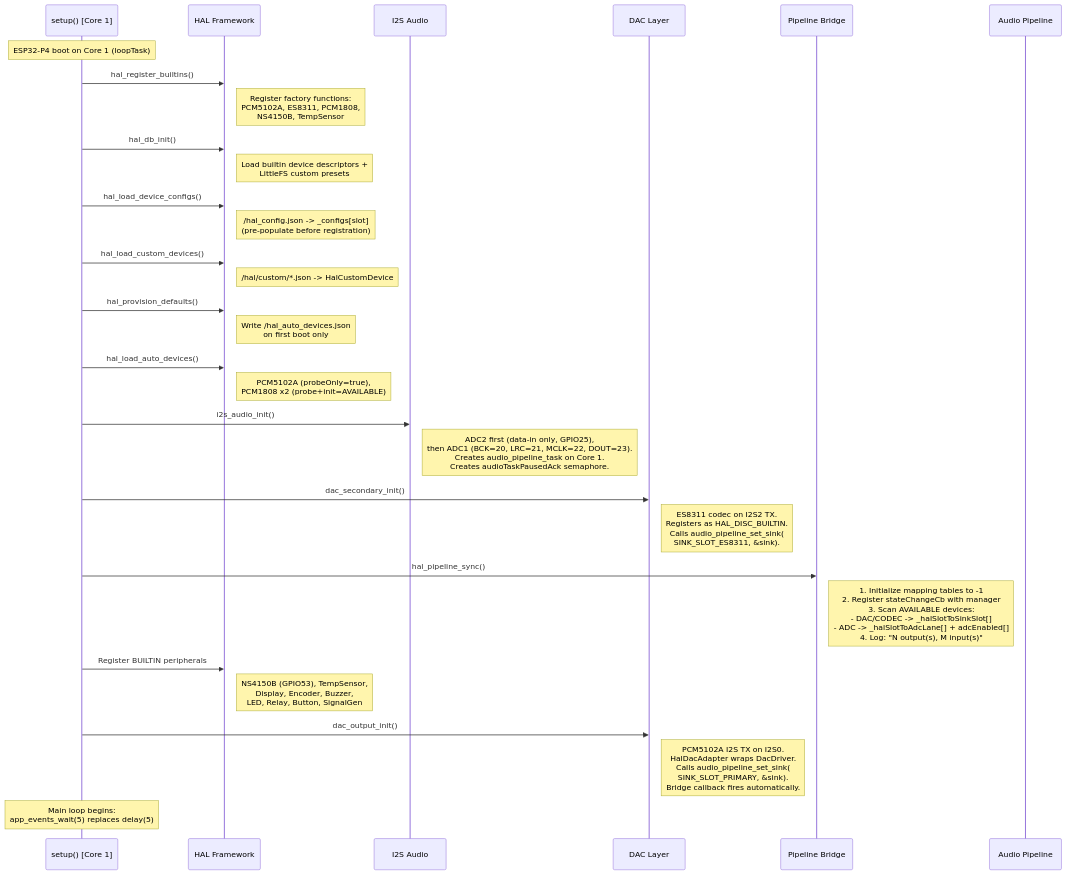
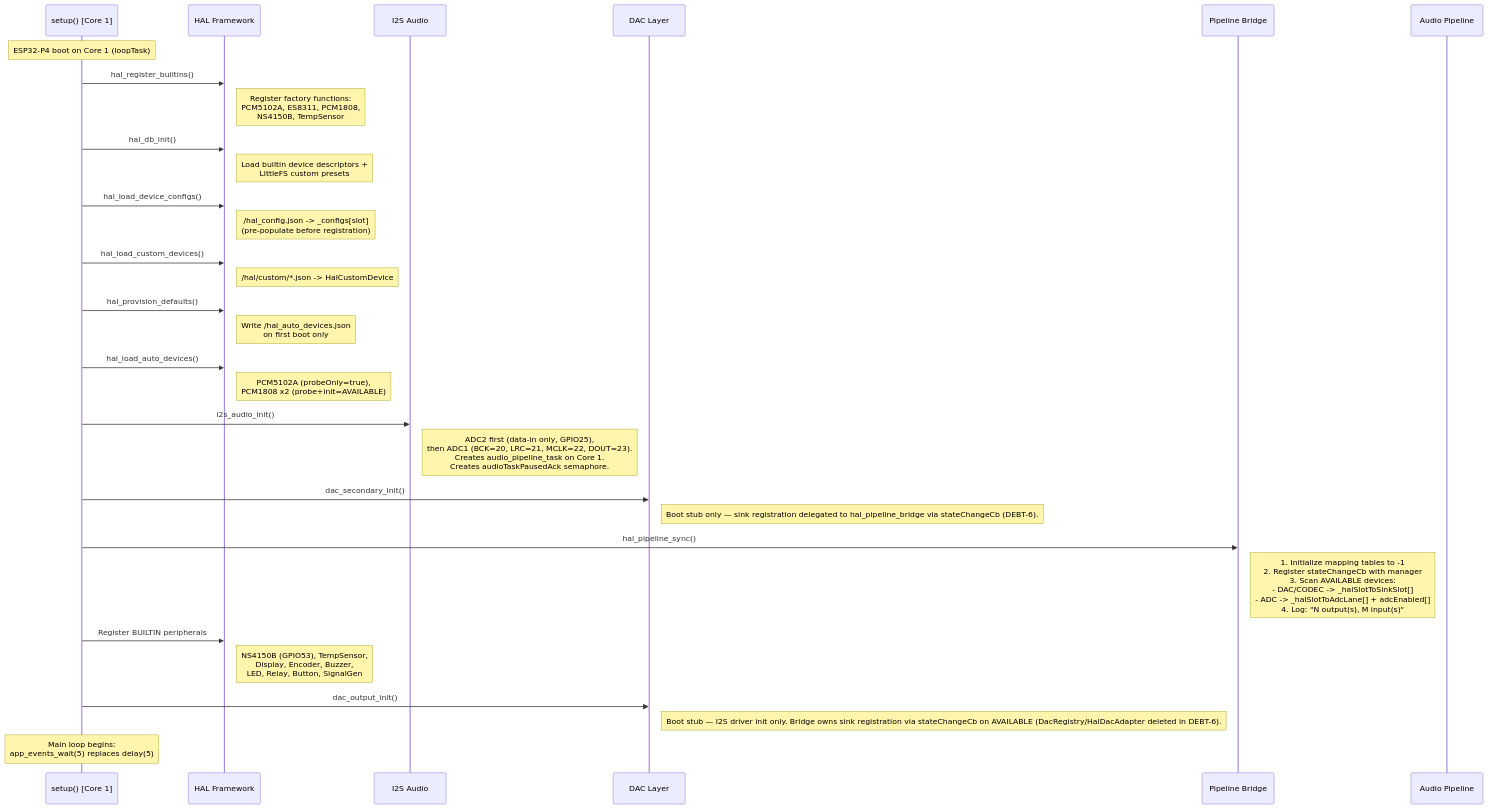
The diagram in docs-internal/architecture/boot-sequence.mmd (Schmackos/ALX_Nova_Controller_2), drawn with Mermaid before and after one commit. The commit also changed 14 other files, not shown here.

First line of the commit message:
docs: fix legacy device references across Docusaurus site and architecture diagrams (#45)

```diff
--- a/docs-internal/architecture/boot-sequence.mmd
+++ b/docs-internal/architecture/boot-sequence.mmd
@@ -1,47 +1,47 @@
 %% Boot Sequence — HAL + Audio Pipeline initialization order
 %% Critical: factories before devices, I2S before DAC, bridge sync after all registration
 
 sequenceDiagram
     participant setup as setup() [Core 1]
     participant HAL as HAL Framework
     participant I2S as I2S Audio
     participant DAC as DAC Layer
     participant Bridge as Pipeline Bridge
     participant Pipeline as Audio Pipeline
 
     Note over setup: ESP32-P4 boot on Core 1 (loopTask)
 
     setup->>HAL: hal_register_builtins()
     Note right of HAL: Register factory functions:<br/>PCM5102A, ES8311, PCM1808,<br/>NS4150B, TempSensor
 
     setup->>HAL: hal_db_init()
     Note right of HAL: Load builtin device descriptors +<br/>LittleFS custom presets
 
     setup->>HAL: hal_load_device_configs()
     Note right of HAL: /hal_config.json -> _configs[slot]<br/>(pre-populate before registration)
 
     setup->>HAL: hal_load_custom_devices()
     Note right of HAL: /hal/custom/*.json -> HalCustomDevice
 
     setup->>HAL: hal_provision_defaults()
     Note right of HAL: Write /hal_auto_devices.json<br/>on first boot only
 
     setup->>HAL: hal_load_auto_devices()
     Note right of HAL: PCM5102A (probeOnly=true),<br/>PCM1808 x2 (probe+init=AVAILABLE)
 
     setup->>I2S: i2s_audio_init()
     Note right of I2S: ADC2 first (data-in only, GPIO25),<br/>then ADC1 (BCK=20, LRC=21, MCLK=22, DOUT=23).<br/>Creates audio_pipeline_task on Core 1.<br/>Creates audioTaskPausedAck semaphore.
 
     setup->>DAC: dac_secondary_init()
-    Note right of DAC: ES8311 codec on I2S2 TX.<br/>Registers as HAL_DISC_BUILTIN.<br/>Calls audio_pipeline_set_sink(<br/>  SINK_SLOT_ES8311, &sink).
+    Note right of DAC: Boot stub only — sink registration delegated to hal_pipeline_bridge via stateChangeCb (DEBT-6).
 
     setup->>Bridge: hal_pipeline_sync()
     Note right of Bridge: 1. Initialize mapping tables to -1<br/>2. Register stateChangeCb with manager<br/>3. Scan AVAILABLE devices:<br/>   - DAC/CODEC -> _halSlotToSinkSlot[]<br/>   - ADC -> _halSlotToAdcLane[] + adcEnabled[]<br/>4. Log: "N output(s), M input(s)"
 
     setup->>HAL: Register BUILTIN peripherals
     Note right of HAL: NS4150B (GPIO53), TempSensor,<br/>Display, Encoder, Buzzer,<br/>LED, Relay, Button, SignalGen
 
     setup->>DAC: dac_output_init()
-    Note right of DAC: PCM5102A I2S TX on I2S0.<br/>HalDacAdapter wraps DacDriver.<br/>Calls audio_pipeline_set_sink(<br/>  SINK_SLOT_PRIMARY, &sink).<br/>Bridge callback fires automatically.
+    Note right of DAC: Boot stub — I2S driver init only. Bridge owns sink registration via stateChangeCb on AVAILABLE (DacRegistry/HalDacAdapter deleted in DEBT-6).
 
     Note over setup: Main loop begins:<br/>app_events_wait(5) replaces delay(5)
```
